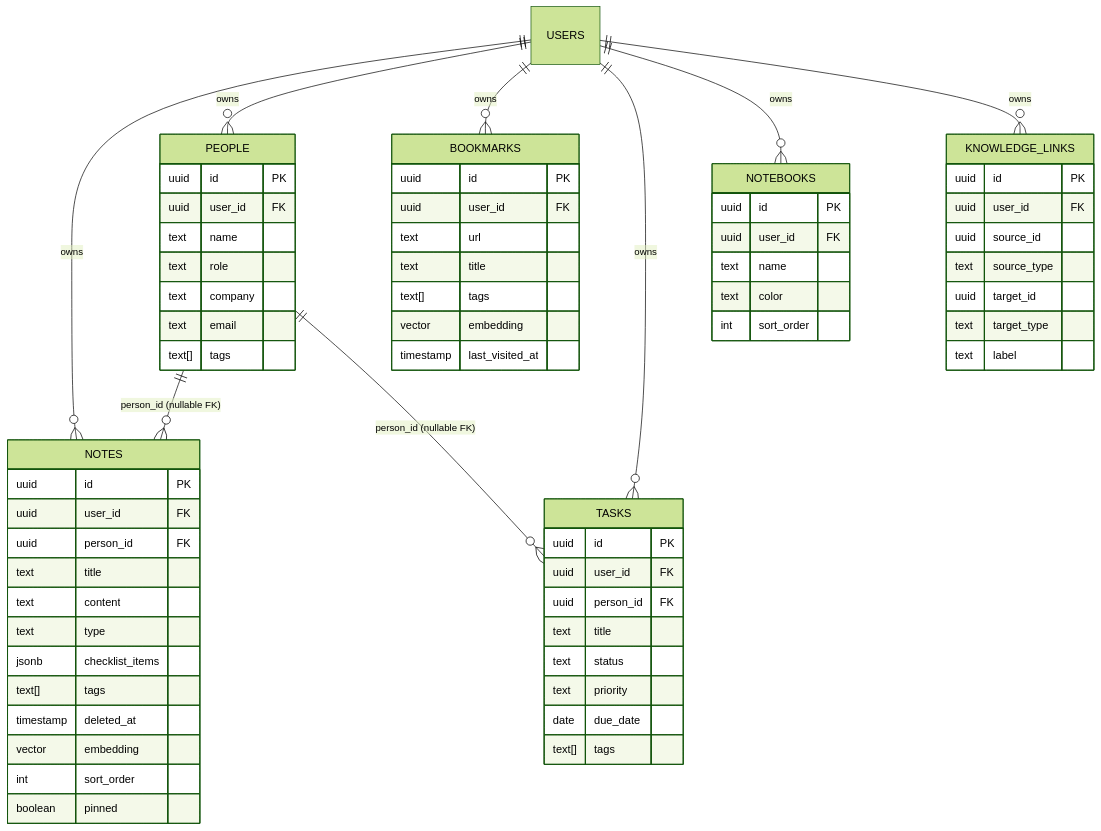
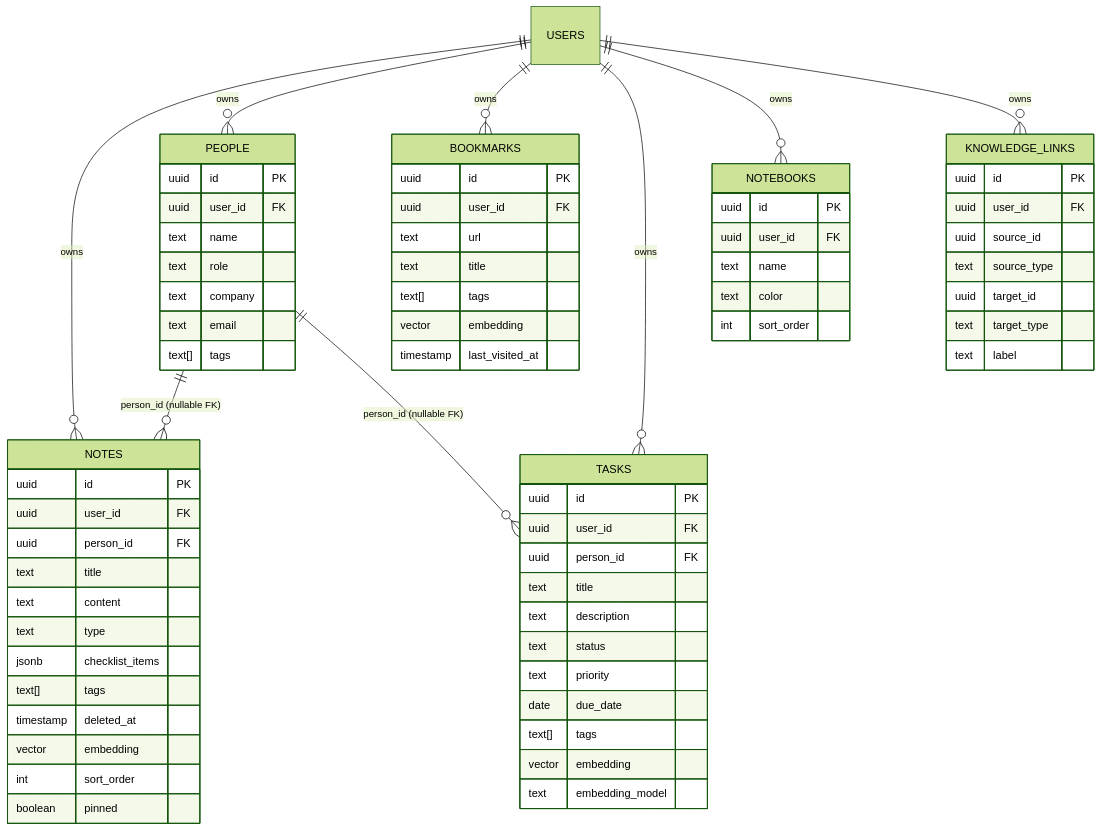
The second of 9 diagrams in docs/ARCHITECTURE.md (dotstell/dotstell), drawn with Mermaid (forest theme) before and after one commit. The commit also changed other lines of this file and 1 other file, not shown here.

First line of the commit message:
docs: update README and ARCHITECTURE for task embedding support

````diff
--- a/docs/ARCHITECTURE.md
+++ b/docs/ARCHITECTURE.md
@@ -206,70 +206,73 @@
 ```mermaid
 erDiagram
     USERS ||--o{ NOTES : "owns"
     USERS ||--o{ PEOPLE : "owns"
     USERS ||--o{ BOOKMARKS : "owns"
     USERS ||--o{ TASKS : "owns"
     USERS ||--o{ NOTEBOOKS : "owns"
     USERS ||--o{ KNOWLEDGE_LINKS : "owns"
     PEOPLE ||--o{ NOTES : "person_id (nullable FK)"
     PEOPLE ||--o{ TASKS : "person_id (nullable FK)"
 
     NOTES {
         uuid id PK
         uuid user_id FK
         uuid person_id FK
         text title
         text content
         text type
         jsonb checklist_items
         text[] tags
         timestamp deleted_at
         vector embedding
         int sort_order
         boolean pinned
     }
     PEOPLE {
         uuid id PK
         uuid user_id FK
         text name
         text role
         text company
         text email
         text[] tags
     }
     BOOKMARKS {
         uuid id PK
         uuid user_id FK
         text url
         text title
         text[] tags
         vector embedding
         timestamp last_visited_at
     }
     TASKS {
         uuid id PK
         uuid user_id FK
         uuid person_id FK
         text title
+        text description
         text status
         text priority
         date due_date
         text[] tags
+        vector embedding
+        text embedding_model
     }
     NOTEBOOKS {
         uuid id PK
         uuid user_id FK
         text name
         text color
         int sort_order
     }
     KNOWLEDGE_LINKS {
         uuid id PK
         uuid user_id FK
         uuid source_id
         text source_type
         uuid target_id
         text target_type
         text label
     }
 ```
````
